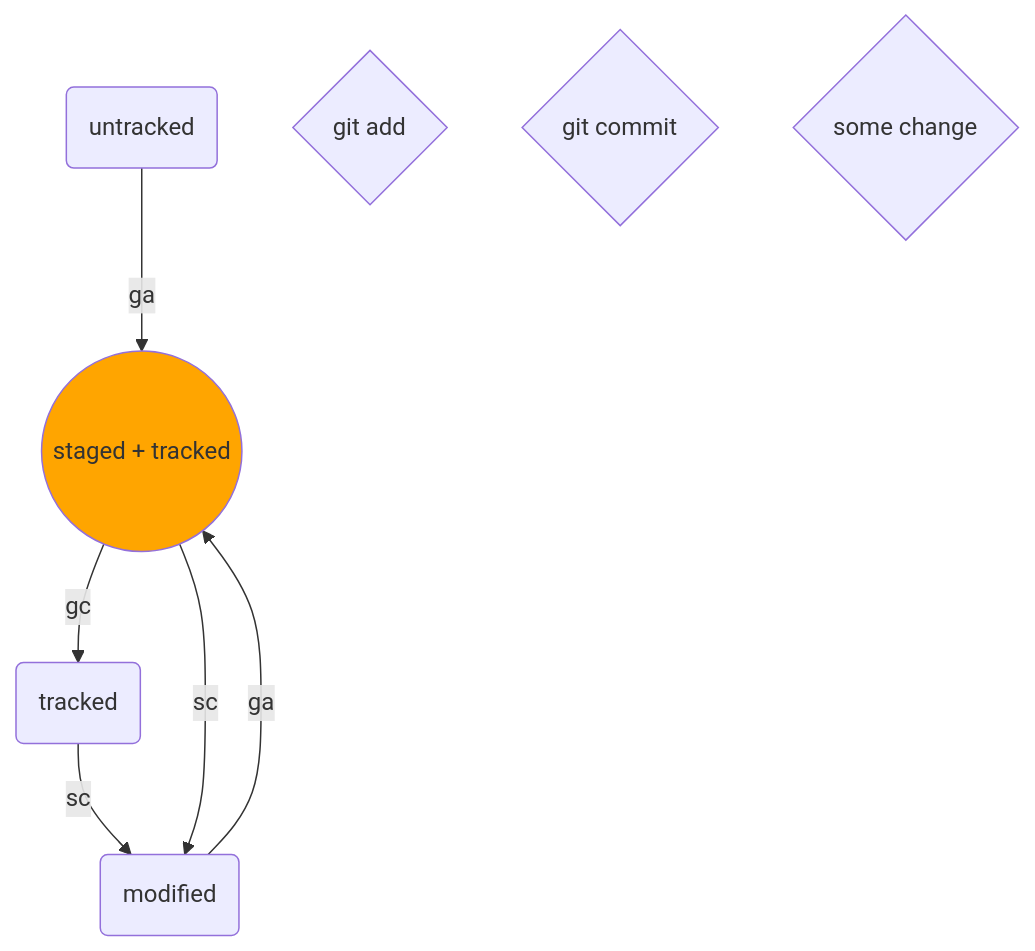
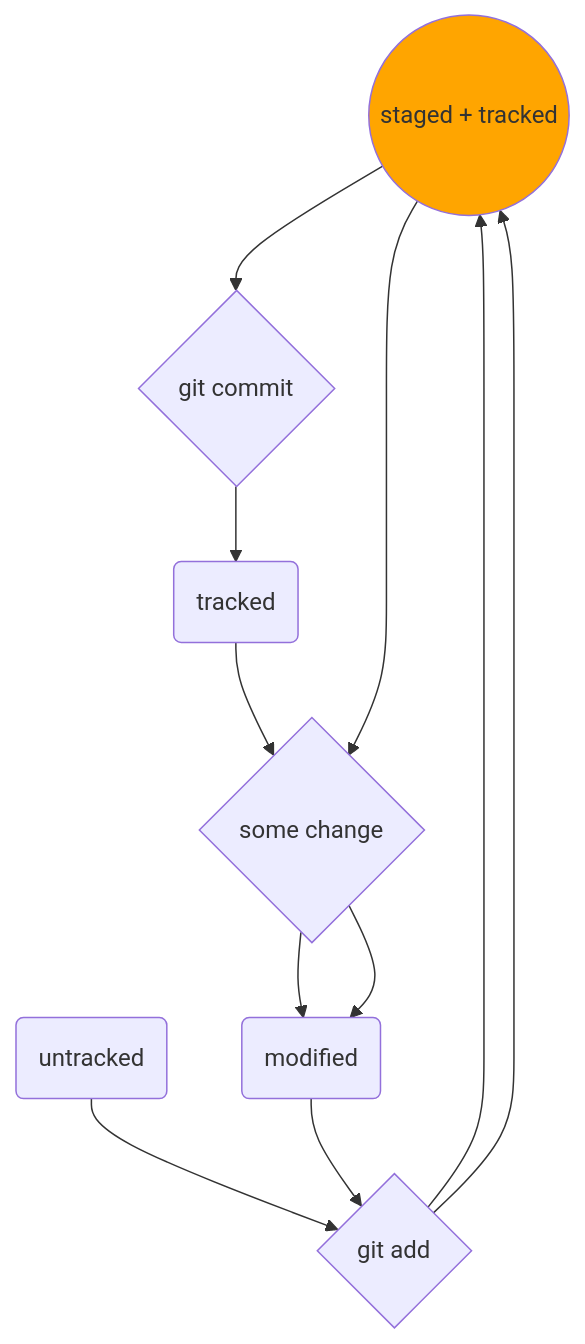
One commit to AleksandrVakarin/GitInstructionMermaid changed the diagram in README.md. Above: the diagram before and after it, drawn with Mermaid.

````diff
--- a/README.md
+++ b/README.md
@@ -93,19 +93,19 @@
 ```mermaid
 flowchart TD;
 	
 	stg((staged + tracked))
 	mdf(modified)
 	untr(untracked)
 	trcd(tracked)
 
 	ga{git add}
 	gc{git commit}
 	sc{some change}
 
-	untr-- ga -->stg
-	stg-- gc -->trcd
-	trcd-- sc -->mdf
-	mdf-- ga -->stg
-	stg-- sc -->mdf
+	untr--> ga -->stg
+	stg--> gc -->trcd
+	trcd--> sc -->mdf
+	mdf--> ga -->stg
+	stg--> sc -->mdf
 	style stg fill: orange
 ```
````
